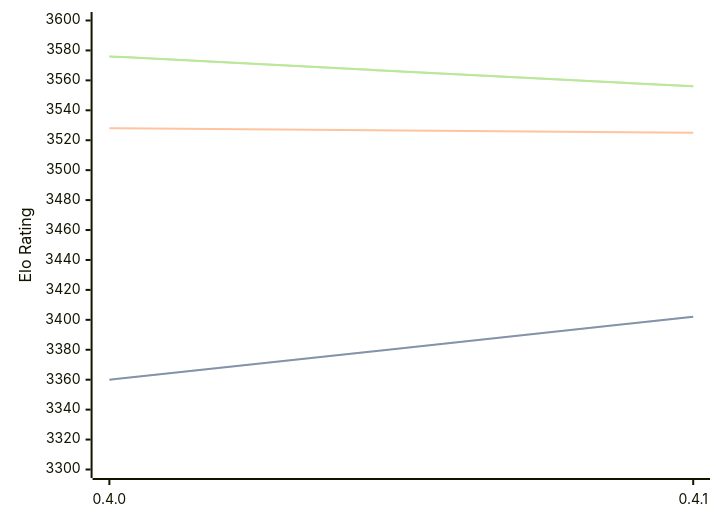
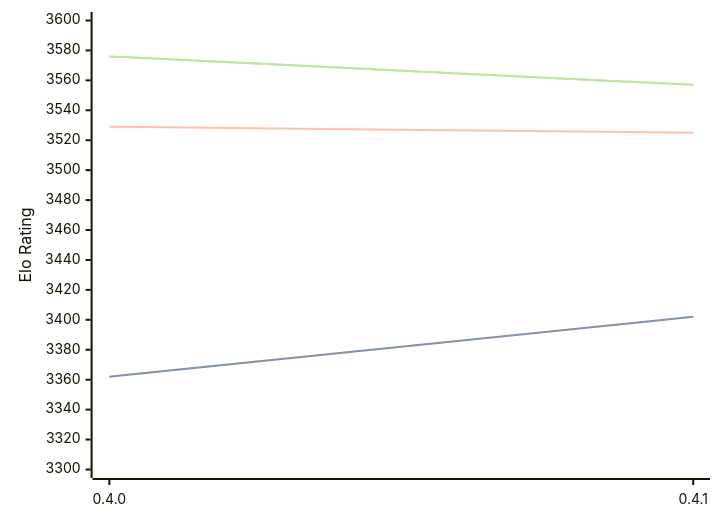
One commit to computer-chess-index/cci changed the diagram in engines/Cinder.md. Above: the diagram before and after it, drawn with Mermaid. The commit also changed other lines of this file, not shown here.

Commit message:
Update CCI Ratings (ELO VLTC) - 2026-05-17

````diff
--- a/engines/Cinder.md
+++ b/engines/Cinder.md
@@ -40,11 +40,11 @@
 ```mermaid
 %%{init: {"theme":"base","themeVariables":{"seriesColors:['#a3a3a3','#222221','#faa371']}}}%%
 xychart-beta
   x-axis ["0.4.0", "0.4.1"]
   y-axis "Elo Rating" 3300 --> 3600
-  line "STC (8.0+0.08s)" [3360, 3402]
-  line "STC (8.0+0.08s)" [3360, 3402]
-  line "LTC (60.0+0.60s)" [3528, 3525]
-  line "VLTC (2m24s+1.12s)" [3576, 3556]
-  line "VLTC (2m24s+1.12s)" [3576, 3556]
+  line "STC (8.0+0.08s)" [3362, 3402]
+  line "STC (8.0+0.08s)" [3362, 3402]
+  line "LTC (60.0+0.60s)" [3529, 3525]
+  line "VLTC (2m24s+1.12s)" [3576, 3557]
+  line "VLTC (2m24s+1.12s)" [3576, 3557]
 ```
````
